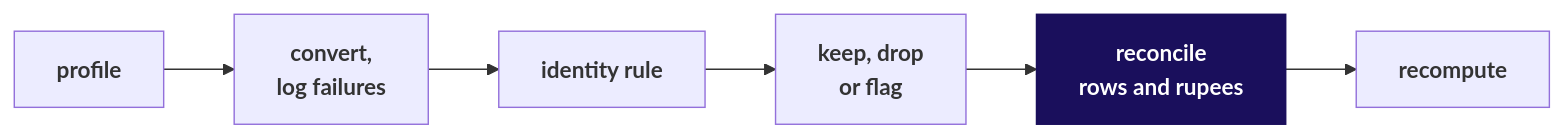
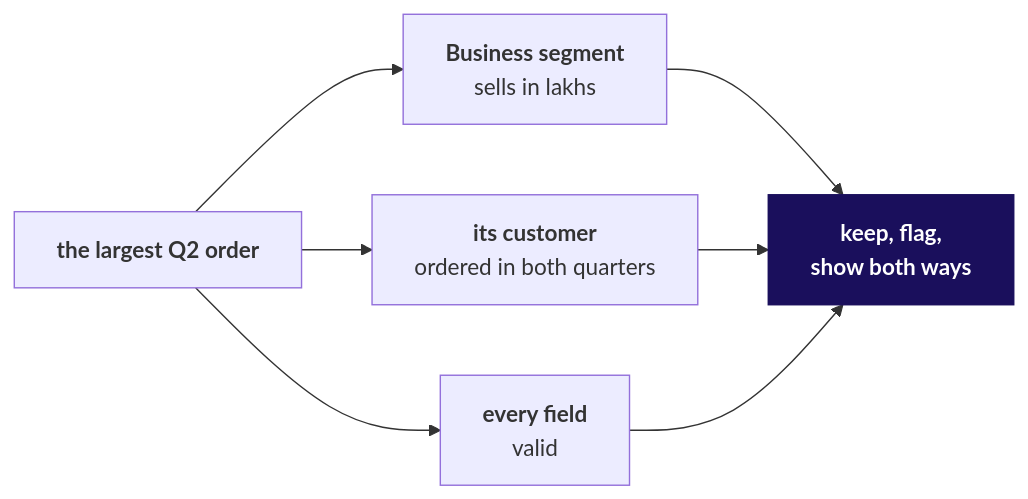
One commit to fde-academy-lab/c2-content-factory changed diagram 19 of 19 in content/W01/D3/slides/C2_W01_D03_half1_STUDENT.md. Above: the diagram before and after it, drawn with Mermaid. The commit also changed other lines of this file and 10 other files, not shown here.

````diff
--- a/content/W01/D3/slides/C2_W01_D03_half1_STUDENT.md
+++ b/content/W01/D3/slides/C2_W01_D03_half1_STUDENT.md
@@ -881,6 +1097,11 @@
 ```mermaid
 flowchart LR
-    P["<b>profile</b>"] --> C["<b>convert,<br/>log failures</b>"] --> I["<b>identity rule</b>"] --> K["<b>keep, drop<br/>or flag</b>"] --> R["<b>reconcile<br/>rows and rupees</b>"] --> T["<b>recompute</b>"]
+    B["<b>the largest Q2 order</b>"] --> S["<b>Business segment</b><br/>sells in lakhs"]
+    B --> C["<b>its customer</b><br/>ordered in both quarters"]
+    B --> F["<b>every field</b><br/>valid"]
+    S --> K["<b>keep, flag,<br/>show both ways</b>"]
+    C --> K
+    F --> K
     classDef bet fill:#1A0F5C,stroke:#1A0F5C,color:#FFFFFF
-    class R bet
+    class K bet
 ```
````
